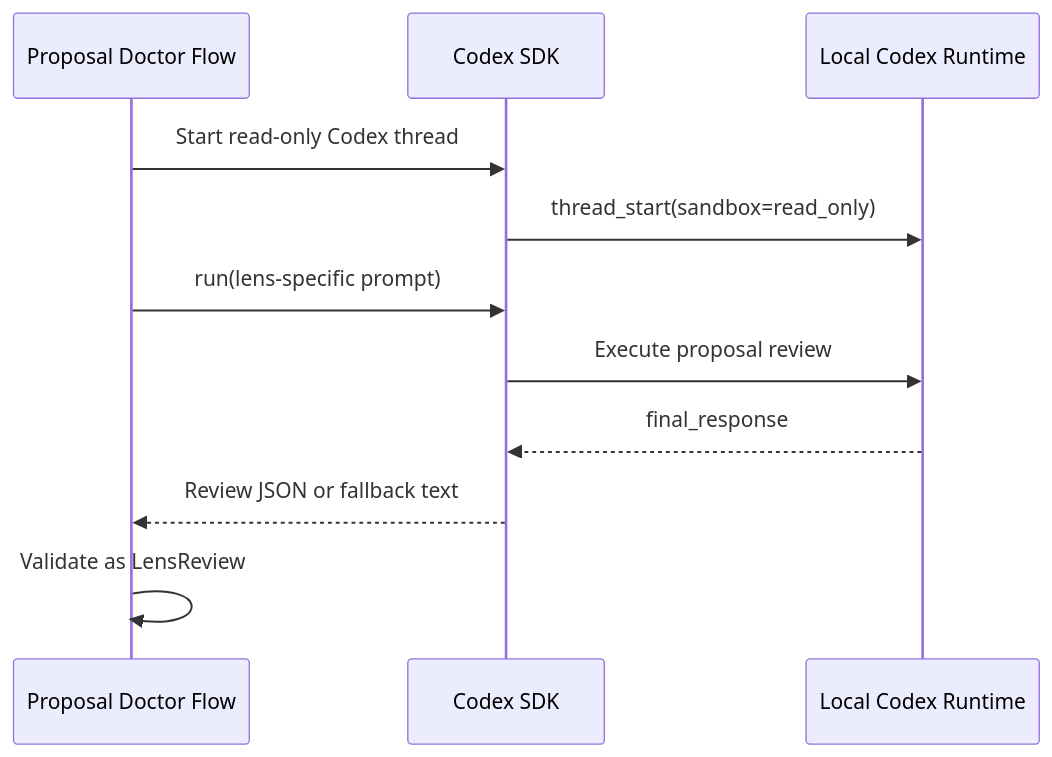
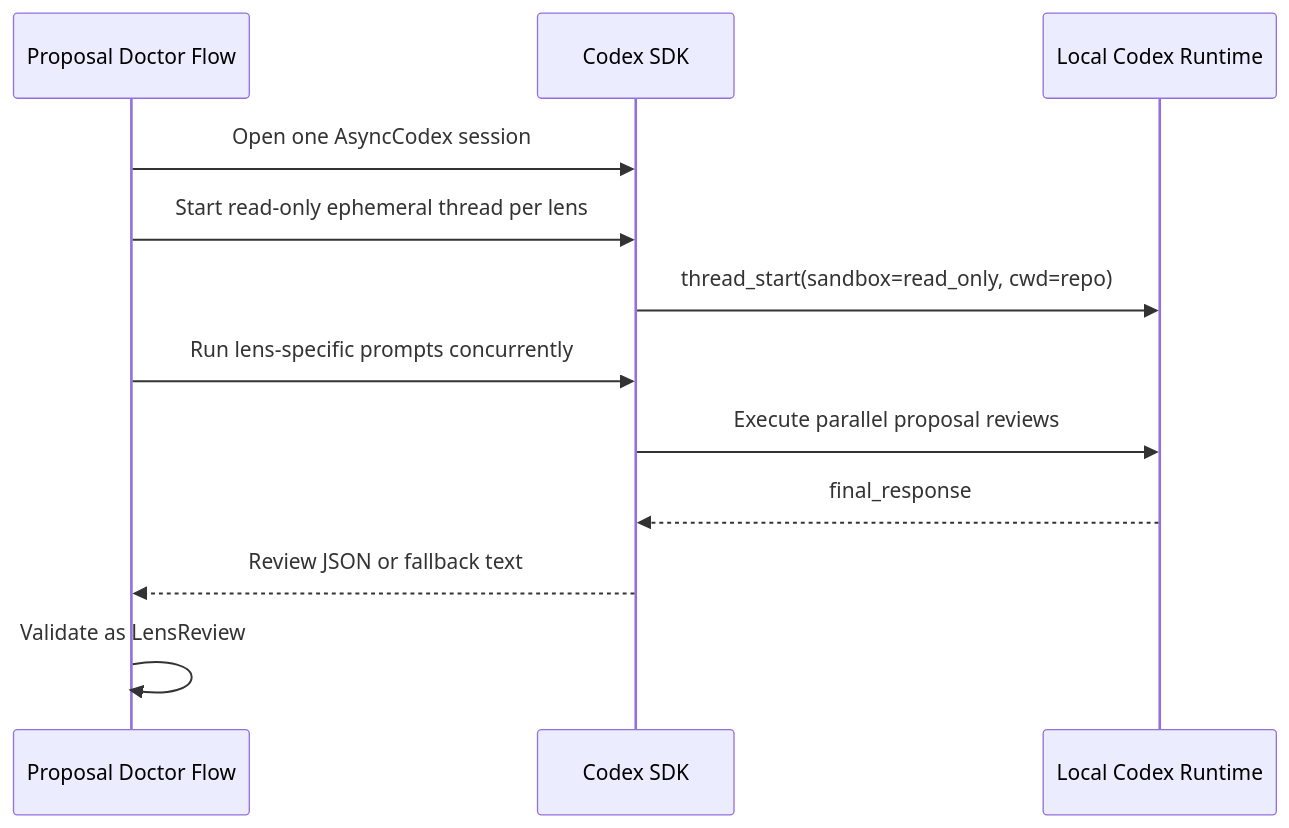
One commit to koizumikento/proposal-doctor changed the second of 2 diagrams in docs/SPEC.md. Above: the diagram before and after it, drawn with Mermaid. The commit also changed other lines of this file and 3 other files, not shown here.

Commit message:
Run Codex lens reviews in parallel

````diff
--- a/docs/SPEC.md
+++ b/docs/SPEC.md
@@ -109,14 +109,15 @@
 ```mermaid
 sequenceDiagram
     participant Flow as Proposal Doctor Flow
     participant SDK as Codex SDK
     participant Codex as Local Codex Runtime
 
-    Flow->>SDK: Start read-only Codex thread
-    SDK->>Codex: thread_start(sandbox=read_only)
-    Flow->>SDK: run(lens-specific prompt)
-    SDK->>Codex: Execute proposal review
+    Flow->>SDK: Open one AsyncCodex session
+    Flow->>SDK: Start read-only ephemeral thread per lens
+    SDK->>Codex: thread_start(sandbox=read_only, cwd=repo)
+    Flow->>SDK: Run lens-specific prompts concurrently
+    SDK->>Codex: Execute parallel proposal reviews
     Codex-->>SDK: final_response
     SDK-->>Flow: Review JSON or fallback text
     Flow->>Flow: Validate as LensReview
 ```
````
